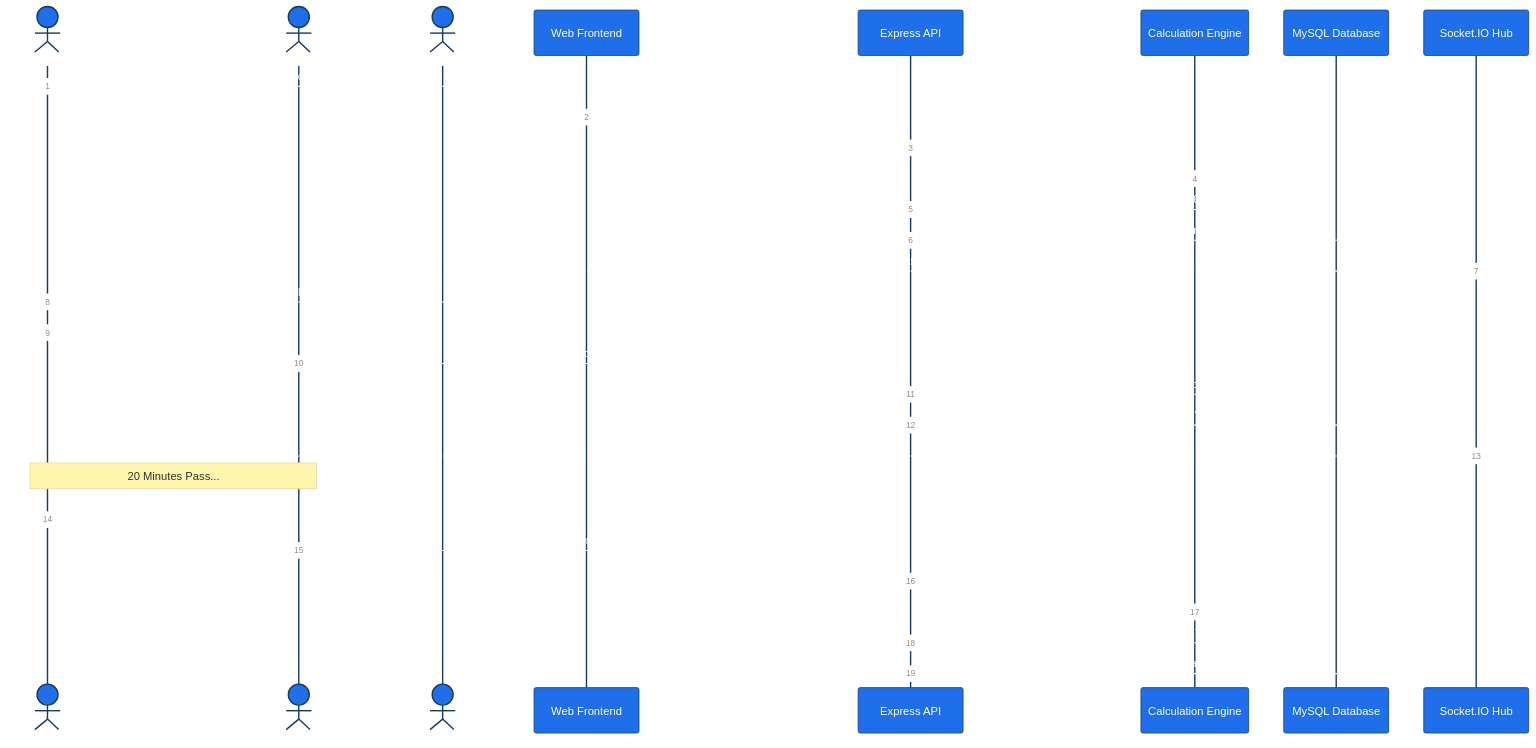
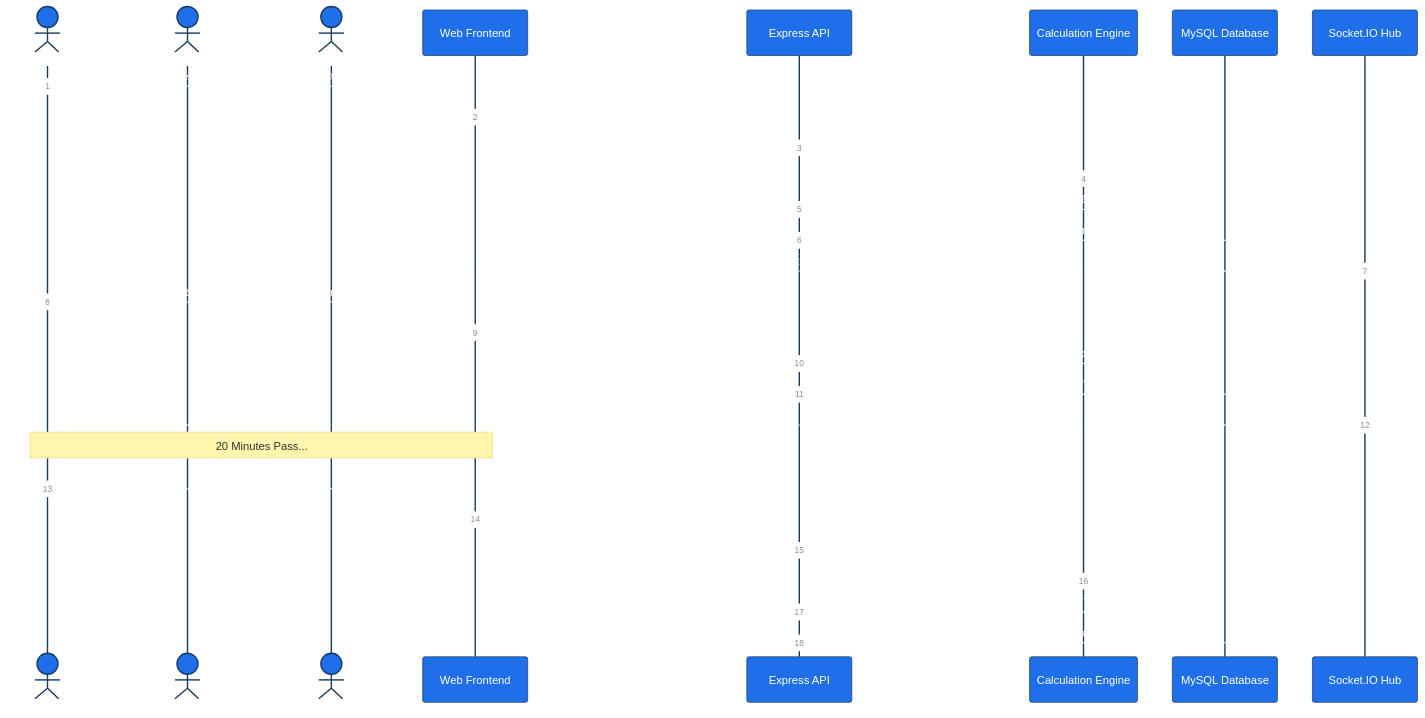
Before and after one commit to BSC-TEXTILES/BSC_Textiles_HRMS_Project: the fourth of 21 diagrams in README.md, drawn with Mermaid. The commit also changed other lines of this file and 118 other files, not shown here.

````diff
--- a/README.md
+++ b/README.md
@@ -472,36 +464,35 @@
 ```mermaid
 %%{init: {'theme': 'base', 'themeVariables': { 'primaryColor': '#1F6FEB', 'primaryTextColor': '#FFFFFF', 'primaryBorderColor': '#173A5E', 'lineColor': '#6B7280' }}}%%
 sequenceDiagram
     autonumber
     actor Staff as Sales Employee
     actor Scanner as T-Shop Scanner
     actor Mgr as Floor / HR Manager
     participant App as Web Frontend
     participant API as Express API
     participant Engine as Calculation Engine
     participant DB as MySQL Database
     participant Sock as Socket.IO Hub
 
     Staff->>App: Check-in (Webcam Face Verification)
     App->>API: POST /api/attendance/check-in {faceMatchScore: 92.4}
     API->>Engine: Evaluate Shift Timing (Punctuality vs 10:30 AM)
     Engine-->>API: Early by 600s -> +₹600.00 Incentive
     API->>DB: INSERT Attendance Record (PRESENT, ₹600 incentive)
     API->>Sock: Emit 'attendance.updated'
     Sock-->>Mgr: Update Floor Presence Widget
 
-    Staff->>App: Display Daily QR Code Badge
-    Staff->>Scanner: Present QR Badge at Refreshment Zone
-    Scanner->>API: POST /api/qr-codes/scan {token, breakType: 'TEA'}
-    API->>DB: Validate Token & Start Break Clock
+    Staff->>App: Start Break at Refreshment Zone
+    App->>API: POST /api/breaks/start {employeeId, breakType: 'TEA'}
+    API->>DB: Lookup Policy & Start Break Clock
     API->>Sock: Emit 'break.started' {duration: 1200s}
     Sock-->>Staff: Launch My Desk Countdown Timer
 
-    Note over Staff,Scanner: 20 Minutes Pass...
-    Staff->>Scanner: Present QR Badge upon Break Return
-    Scanner->>API: POST /api/breaks/end {breakId}
+    Note over Staff,App: 20 Minutes Pass...
+    Staff->>App: End Break upon Return
+    App->>API: POST /api/breaks/end {breakId}
     API->>Engine: Calculate Elapsed Duration & Overrun
     Engine-->>API: 0s Overrun -> Status: COMPLETED
     API->>DB: UPDATE Break Record (COMPLETED)
     API->>Sock: Emit 'break.ended'
 ```
````
